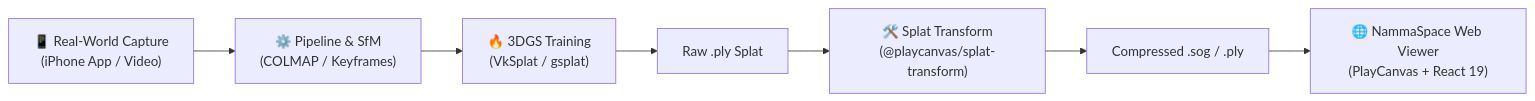
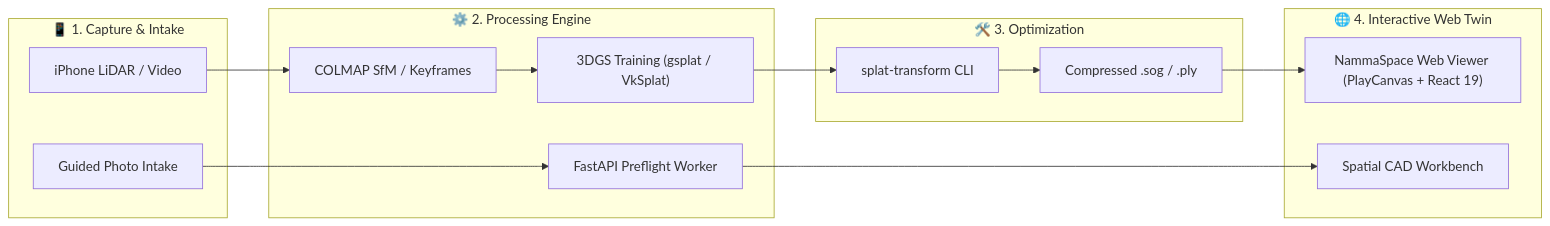
The diagram in README.md (atharva5645/nammaspace-1.0), drawn with Mermaid before and after one commit. The commit also changed other lines of this file and 5 other files, not shown here.

````diff
--- a/README.md
+++ b/README.md
@@ -23,9 +73,26 @@
 ```mermaid
 flowchart LR
-    A["📱 Real-World Capture<br/>(iPhone App / Video)"] --> B["⚙️ Pipeline & SfM<br/>(COLMAP / Keyframes)"]
-    B --> C["🔥 3DGS Training<br/>(VkSplat / gsplat)"]
-    C --> D["Raw .ply Splat"]
-    D --> E["🛠️ Splat Transform<br/>(@playcanvas/splat-transform)"]
-    E --> F["Compressed .sog / .ply"]
-    F --> G["🌐 NammaSpace Web Viewer<br/>(PlayCanvas + React 19)"]
+    subgraph Capture["📱 1. Capture & Intake"]
+        A["iPhone LiDAR / Video"]
+        B["Guided Photo Intake"]
+    end
+
+    subgraph Processing["⚙️ 2. Processing Engine"]
+        C["COLMAP SfM / Keyframes"]
+        D["FastAPI Preflight Worker"]
+        E["3DGS Training (gsplat / VkSplat)"]
+    end
+
+    subgraph Optimization["🛠️ 3. Optimization"]
+        F["splat-transform CLI"]
+        G["Compressed .sog / .ply"]
+    end
+
+    subgraph Presentation["🌐 4. Interactive Web Twin"]
+        H["NammaSpace Web Viewer (PlayCanvas + React 19)"]
+        I["Spatial CAD Workbench"]
+    end
+
+    A --> C --> E --> F --> G --> H
+    B --> D --> I
 ```
````
